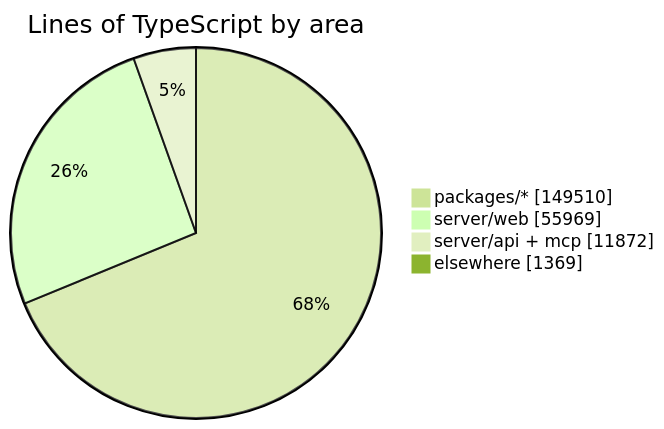
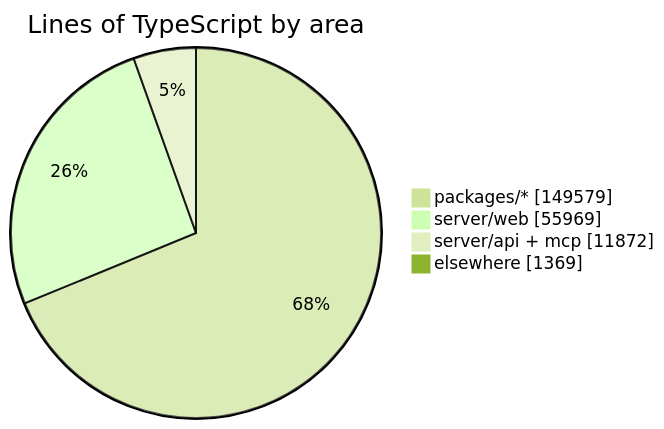
The diagram in README.md (crossworks-engineering/mantle), drawn with Mermaid (forest theme) before and after one commit. The commit also changed other lines of this file and 2 other files, not shown here.

````diff
--- a/README.md
+++ b/README.md
@@ -279,7 +279,7 @@
 ```mermaid
 pie showData title Lines of TypeScript by area
-    "packages/*" : 149510
+    "packages/*" : 149579
     "server/web" : 55969
     "server/api + mcp" : 11872
     "elsewhere" : 1369
 ```
````
